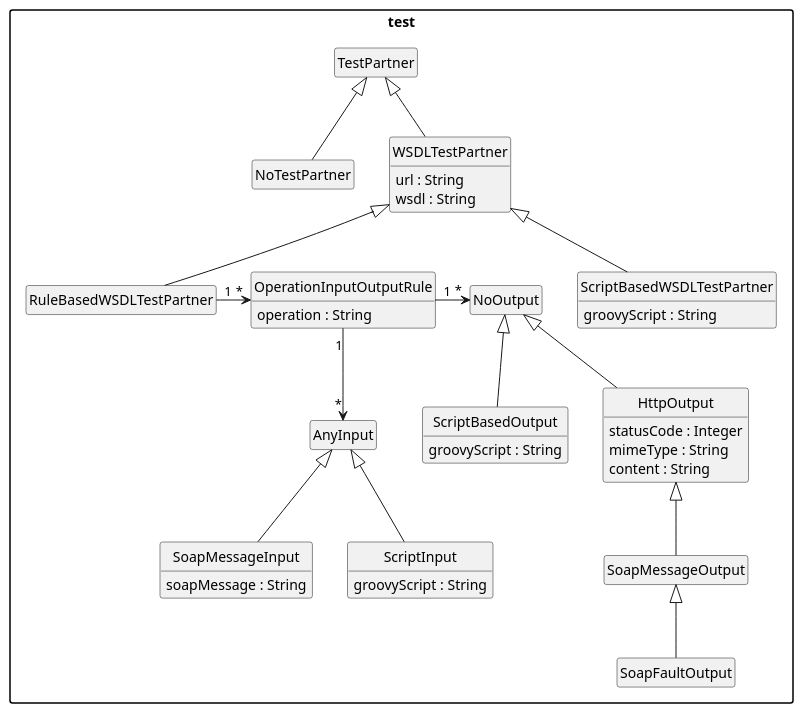
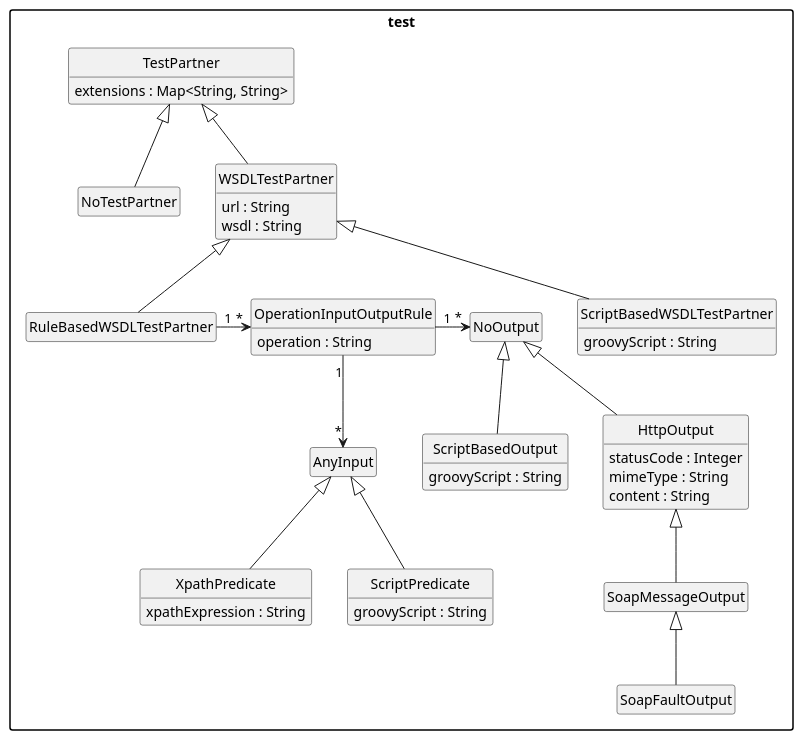
One commit to uniba-dsg/betsy changed the diagram in pebl/doc/benchmark-test-partner.puml. Above: the diagram before and after it, drawn with PlantUML. The commit also changed 175 other files, not shown here.

```diff
--- a/pebl/doc/benchmark-test-partner.puml
+++ b/pebl/doc/benchmark-test-partner.puml
@@ -1,59 +1,61 @@
 @startuml
 package "test" {
 
    class NoTestPartner extends TestPartner
    class WSDLTestPartner extends TestPartner {
      url : String
      wsdl : String
    }
    class RuleBasedWSDLTestPartner extends WSDLTestPartner
    class ScriptBasedWSDLTestPartner extends WSDLTestPartner {
      groovyScript : String
    }
 
    class OperationInputOutputRule {
         operation : String
    }
 
 
 
    class AnyInput
-   class SoapMessageInput extends AnyInput {
-     soapMessage : String
+   class XpathPredicate extends AnyInput {
+     xpathExpression : String
    }
-   class ScriptInput extends AnyInput {
+   class ScriptPredicate extends AnyInput {
       groovyScript : String
    }
 
 
    class NoOutput
    class HttpOutput extends NoOutput {
        statusCode : Integer
        mimeType : String
        content : String
    }
    class SoapMessageOutput extends HttpOutput {
       }
    class SoapFaultOutput extends SoapMessageOutput
    class ScriptBasedOutput extends NoOutput {
        groovyScript : String
    }
 
 
 
-	class TestPartner
+	class TestPartner {
+	 extensions : Map<String, String>
+	}
 
 }
 
 RuleBasedWSDLTestPartner "1" -right-> "*" OperationInputOutputRule
 OperationInputOutputRule "1" -down-> "*" AnyInput
 OperationInputOutputRule "1" -right-> "*" NoOutput
 
 hide empty members
 hide empty methods
 hide circle
 
 skinparam monochrome true
 skinparam shadowing false
 skinparam packageStyle rect
 @enduml
```
